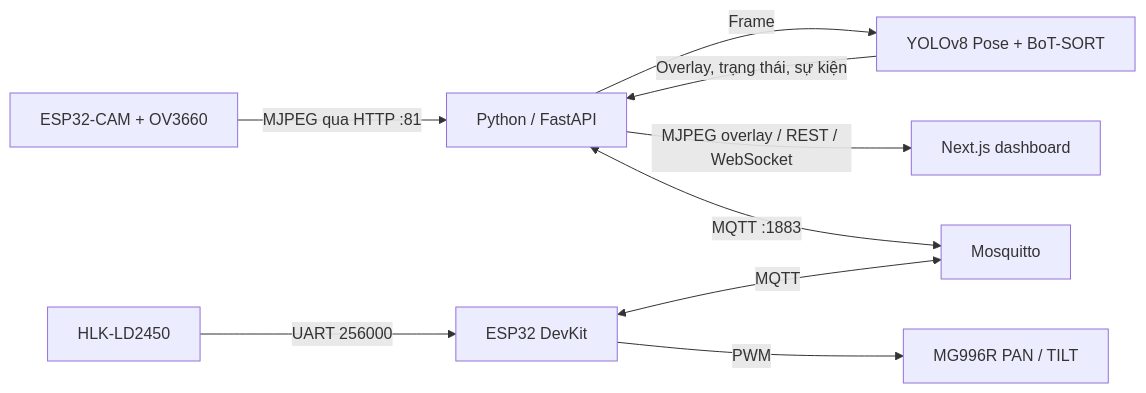
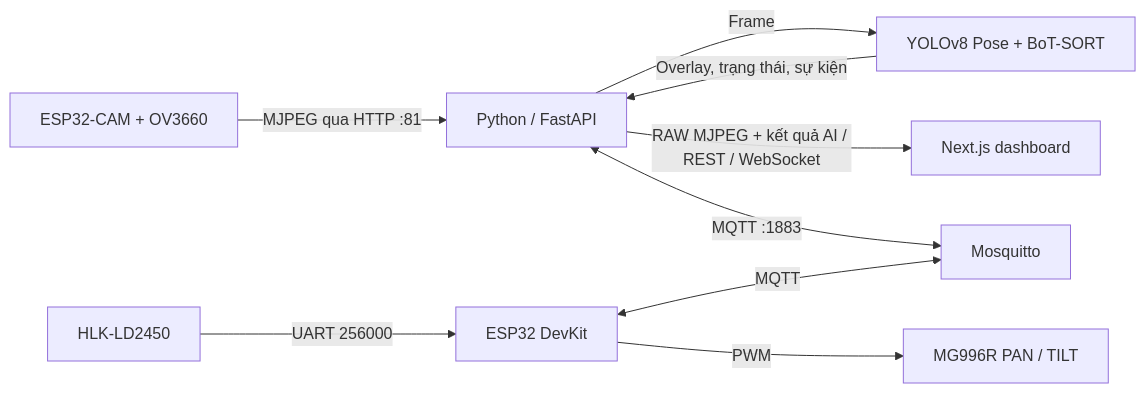
Before and after one commit to anphan991/Embedded_System: the diagram in README.md, drawn with Mermaid. The commit also changed other lines of this file and 40 other files, not shown here.

````diff
--- a/README.md
+++ b/README.md
@@ -71,11 +71,11 @@
 ```mermaid
 flowchart LR
     CAM[ESP32-CAM + OV3660] -->|MJPEG qua HTTP :81| BACKEND[Python / FastAPI]
     BACKEND -->|Frame| AI[YOLOv8 Pose + BoT-SORT]
     AI -->|Overlay, trạng thái, sự kiện| BACKEND
-    BACKEND -->|MJPEG overlay / REST / WebSocket| WEB[Next.js dashboard]
+    BACKEND -->|RAW MJPEG + kết quả AI / REST / WebSocket| WEB[Next.js dashboard]
     RADAR[HLK-LD2450] -->|UART 256000| CTRL[ESP32 DevKit]
     BACKEND <-->|MQTT :1883| MQTT[Mosquitto]
     CTRL <-->|MQTT| MQTT
     CTRL -->|PWM| SERVO[MG996R PAN / TILT]
 ```
````
